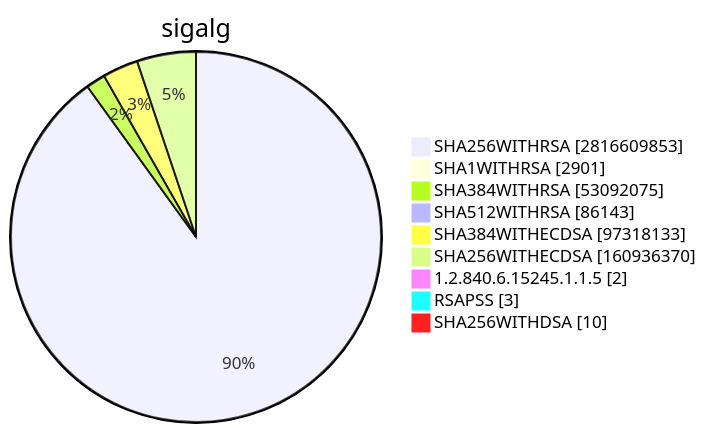
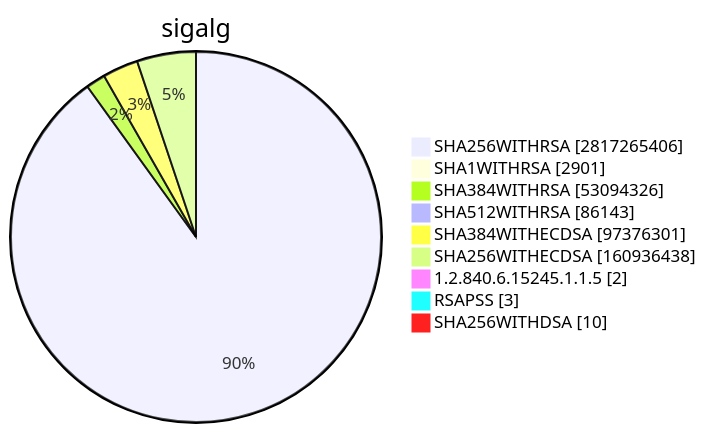
Before and after one commit to christiankrug/ctmonitor_visualization: diagram 15 of 15 in TOTAL/README.md, drawn with Mermaid. The commit also changed other lines of this file, not shown here.

````diff
--- a/TOTAL/README.md
+++ b/TOTAL/README.md
@@ -6207,13 +6207,13 @@
 ```mermaid
 pie showData
 title sigalg
-"SHA256WITHRSA" :2816609853
+"SHA256WITHRSA" :2817265406
 "SHA1WITHRSA" :2901
-"SHA384WITHRSA" :53092075
+"SHA384WITHRSA" :53094326
 "SHA512WITHRSA" :86143
-"SHA384WITHECDSA" :97318133
-"SHA256WITHECDSA" :160936370
+"SHA384WITHECDSA" :97376301
+"SHA256WITHECDSA" :160936438
 "1.2.840.6.15245.1.1.5" :2
 "RSAPSS" :3
 "SHA256WITHDSA" :10
 ```
````
